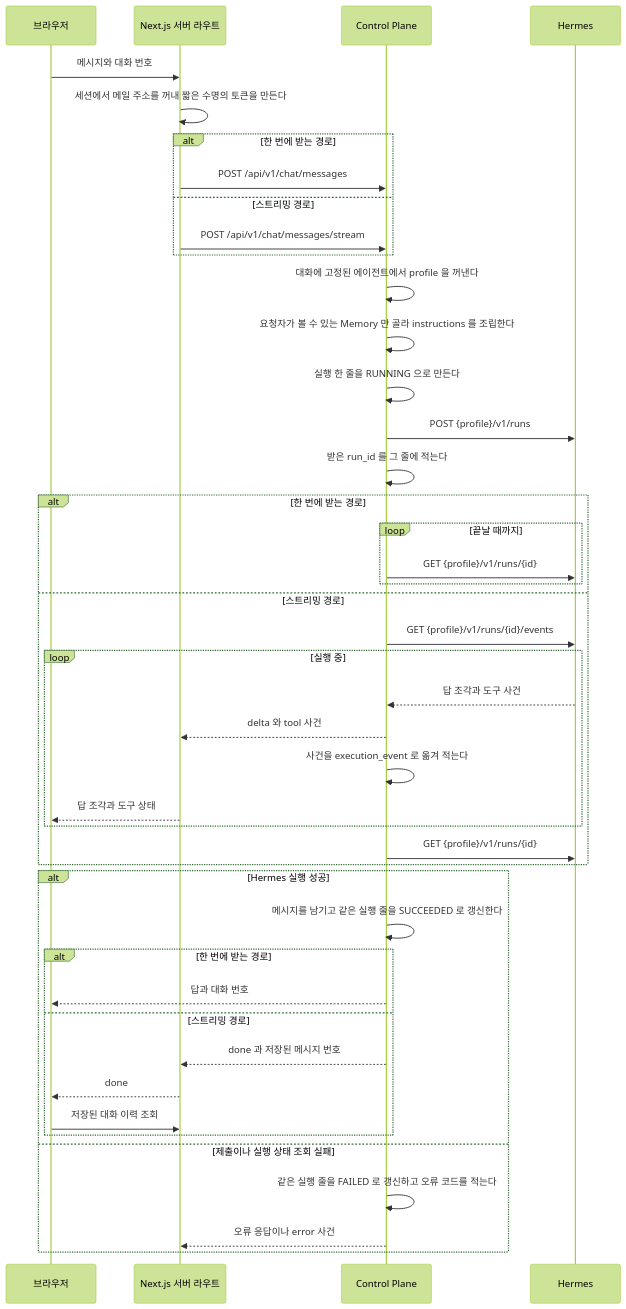
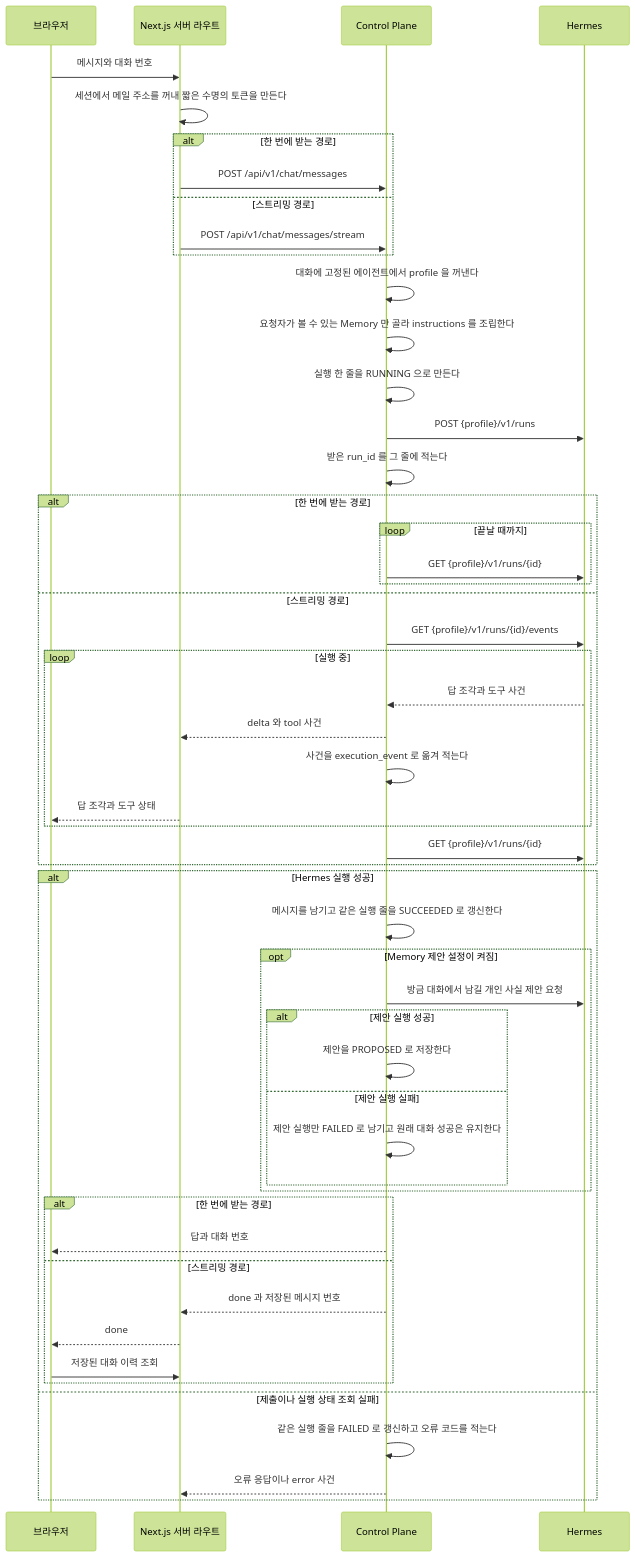
The first of 3 diagrams in docs/flow.md (jon890/fos-assistant), drawn with Mermaid (forest theme) before and after one commit. The commit also changed 23 other files, not shown here.

````diff
--- a/docs/flow.md
+++ b/docs/flow.md
@@ -8,47 +8,55 @@
 ```mermaid
 sequenceDiagram
     participant B as 브라우저
     participant W as Next.js 서버 라우트
     participant C as Control Plane
     participant H as Hermes
 
     B->>W: 메시지와 대화 번호
     W->>W: 세션에서 메일 주소를 꺼내 짧은 수명의 토큰을 만든다
     alt 한 번에 받는 경로
         W->>C: POST /api/v1/chat/messages
     else 스트리밍 경로
         W->>C: POST /api/v1/chat/messages/stream
     end
     C->>C: 대화에 고정된 에이전트에서 profile 을 꺼낸다
     C->>C: 요청자가 볼 수 있는 Memory 만 골라 instructions 를 조립한다
     C->>C: 실행 한 줄을 RUNNING 으로 만든다
     C->>H: POST {profile}/v1/runs
     C->>C: 받은 run_id 를 그 줄에 적는다
     alt 한 번에 받는 경로
         loop 끝날 때까지
             C->>H: GET {profile}/v1/runs/{id}
         end
     else 스트리밍 경로
         C->>H: GET {profile}/v1/runs/{id}/events
         loop 실행 중
             H-->>C: 답 조각과 도구 사건
             C-->>W: delta 와 tool 사건
             C->>C: 사건을 execution_event 로 옮겨 적는다
             W-->>B: 답 조각과 도구 상태
         end
         C->>H: GET {profile}/v1/runs/{id}
     end
     alt Hermes 실행 성공
         C->>C: 메시지를 남기고 같은 실행 줄을 SUCCEEDED 로 갱신한다
+        opt Memory 제안 설정이 켜짐
+            C->>H: 방금 대화에서 남길 개인 사실 제안 요청
+            alt 제안 실행 성공
+                C->>C: 제안을 PROPOSED 로 저장한다
+            else 제안 실행 실패
+                C->>C: 제안 실행만 FAILED 로 남기고 원래 대화 성공은 유지한다
+            end
+        end
         alt 한 번에 받는 경로
             C-->>B: 답과 대화 번호
         else 스트리밍 경로
             C-->>W: done 과 저장된 메시지 번호
             W-->>B: done
             B->>W: 저장된 대화 이력 조회
         end
     else 제출이나 실행 상태 조회 실패
         C->>C: 같은 실행 줄을 FAILED 로 갱신하고 오류 코드를 적는다
         C-->>W: 오류 응답이나 error 사건
     end
 ```
````
